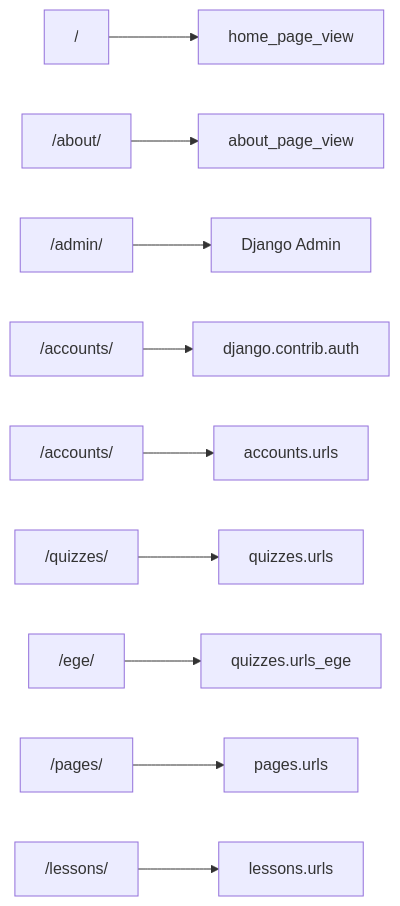
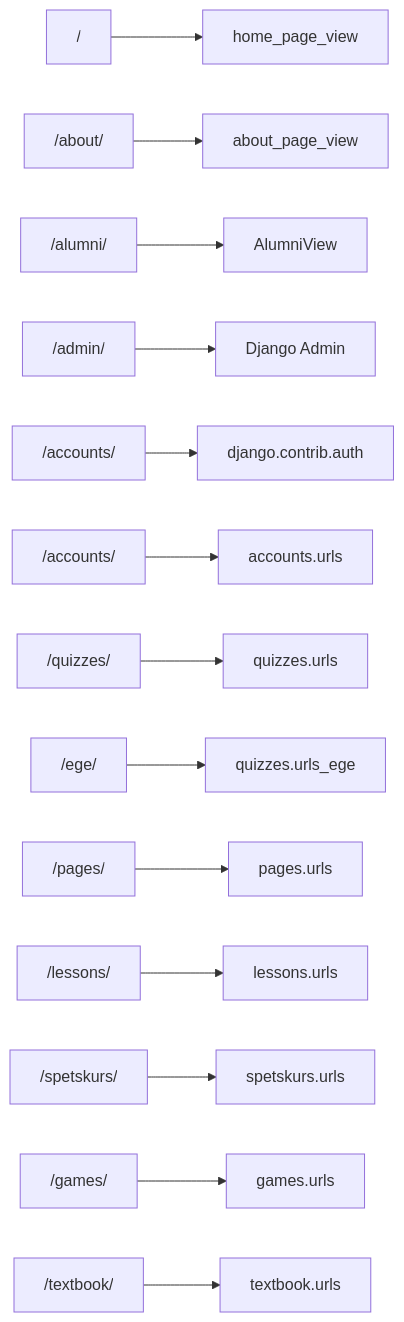
The diagram in docs/api/overview.md (Kirill2517nv/SiteAboutMe), drawn with Mermaid before and after one commit. The commit also changed other lines of this file and 40 other files, not shown here.

````diff
--- a/docs/api/overview.md
+++ b/docs/api/overview.md
@@ -9,12 +12,16 @@
 ```mermaid
 graph LR
     ROOT["/"] --> HOME["home_page_view"]
     ABOUT["/about/"] --> ABOUT_V["about_page_view"]
+    ALUMNI["/alumni/"] --> ALUMNI_V["AlumniView"]
     ADMIN["/admin/"] --> DJANGO["Django Admin"]
     AUTH["/accounts/"] --> AUTH_V["django.contrib.auth"]
     ACC["/accounts/"] --> ACC_V["accounts.urls"]
     QUIZ["/quizzes/"] --> QUIZ_V["quizzes.urls"]
     EGE["/ege/"] --> EGE_V["quizzes.urls_ege"]
     PAGES["/pages/"] --> PAGES_V["pages.urls"]
     LESS["/lessons/"] --> LESS_V["lessons.urls"]
+    SPETS["/spetskurs/"] --> SPETS_V["spetskurs.urls"]
+    GAMES["/games/"] --> GAMES_V["games.urls"]
+    TB["/textbook/"] --> TB_V["textbook.urls"]
 ```
````
